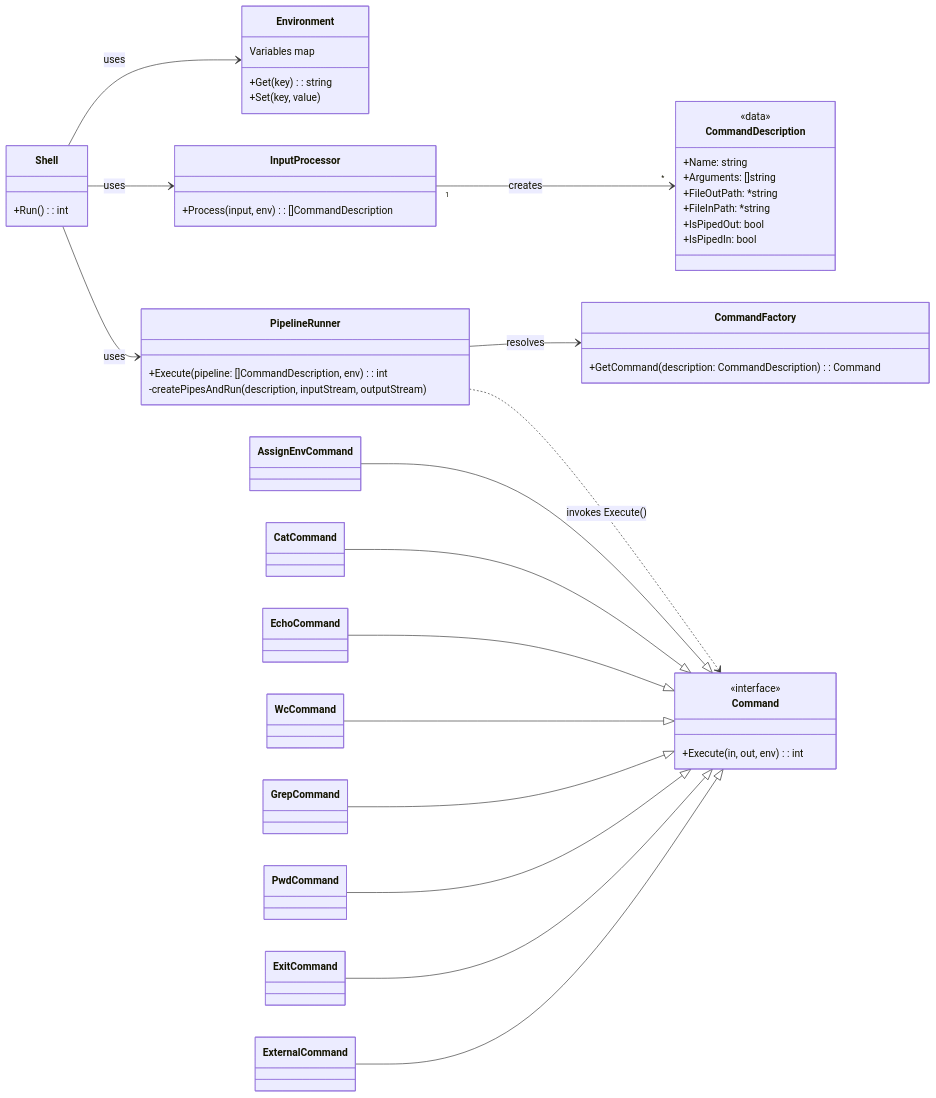
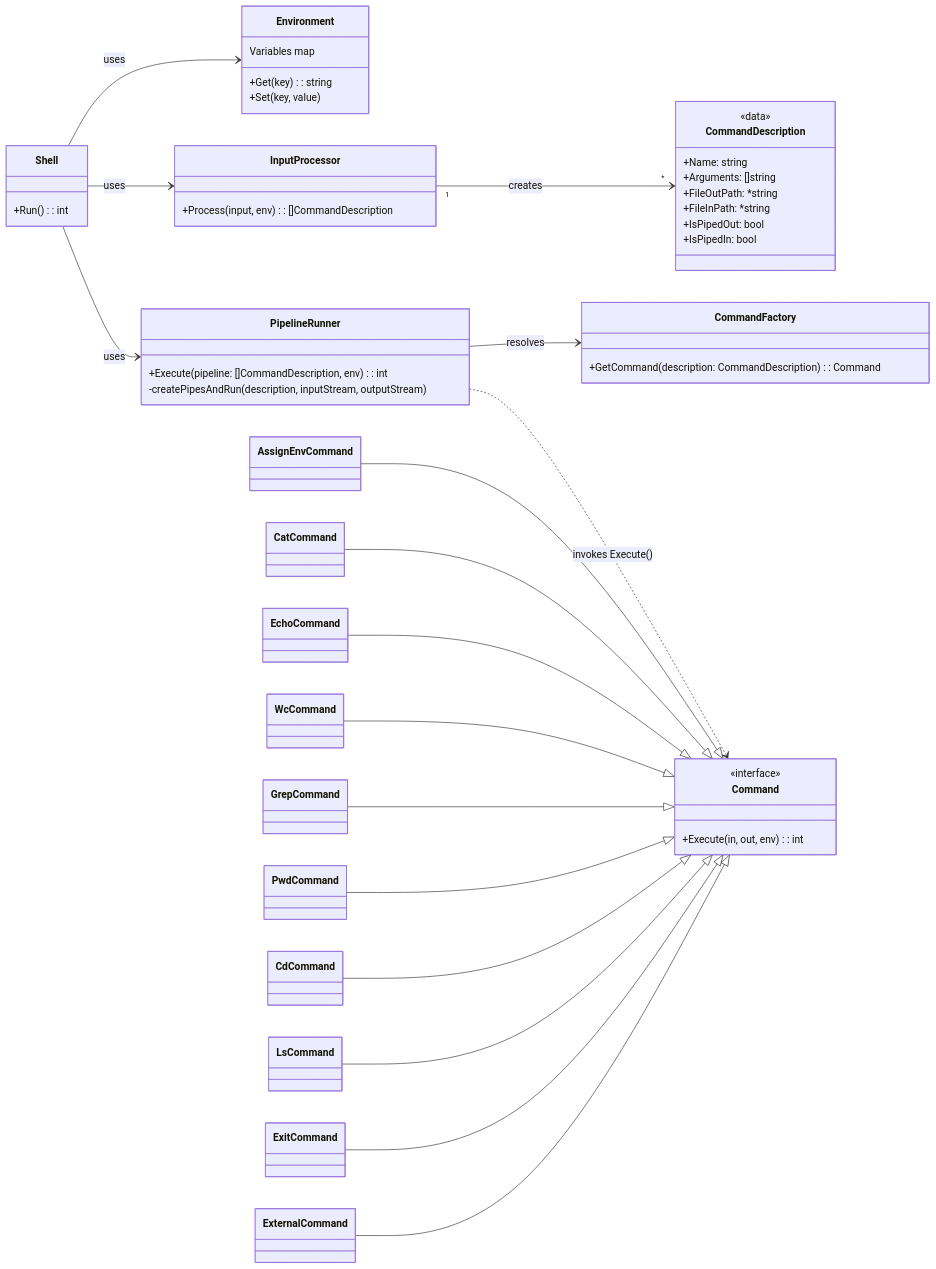
One commit to art22m/MHS-Software-Design-F25 changed the diagram in gocli/README.md. Above: the diagram before and after it, drawn with Mermaid. The commit also changed other lines of this file, not shown here.

Commit message:
add cd & ls in README.md

````diff
--- a/gocli/README.md
+++ b/gocli/README.md
@@ -60,69 +62,73 @@
 ```mermaid
 classDiagram
     direction LR
 
     class Shell {
         +Run(): int
     }
     class Environment {
         Variables map<string, string>
         +Get(key): string
         +Set(key, value)
     }
 
     Shell --> Environment : uses
 
     class CommandDescription {
         <<data>>
         +Name: string
         +Arguments: []string
         +FileOutPath: *string
         +FileInPath: *string
         +IsPipedOut: bool
         +IsPipedIn: bool
     }
 
     class InputProcessor {
         +Process(input, env): []CommandDescription
     }
 
     Shell --> InputProcessor : uses
     InputProcessor "1" --> "*" CommandDescription : creates
 
     class PipelineRunner {
         +Execute(pipeline: []CommandDescription, env): int
         -createPipesAndRun(description, inputStream, outputStream)
     }
     
     class CommandFactory {
         +GetCommand(description: CommandDescription): Command
     }
 
     Shell --> PipelineRunner : uses
     PipelineRunner --> CommandFactory : resolves
     PipelineRunner ..> Command : invokes Execute()
 
     class Command {
         <<interface>>
         +Execute(in, out, env): int
     }
 
     class AssignEnvCommand
     class CatCommand
     class EchoCommand
     class WcCommand
     class GrepCommand
     class PwdCommand
+    class CdCommand
+    class LsCommand
     class ExitCommand
     class ExternalCommand
     
     AssignEnvCommand --|> Command
     CatCommand --|> Command
     EchoCommand --|> Command
     WcCommand --|> Command
     GrepCommand --|> Command
     PwdCommand --|> Command
+    CdCommand --|> Command
+    LsCommand --|> Command
     ExitCommand --|> Command
     ExternalCommand --|> Command
 
 ```
````
